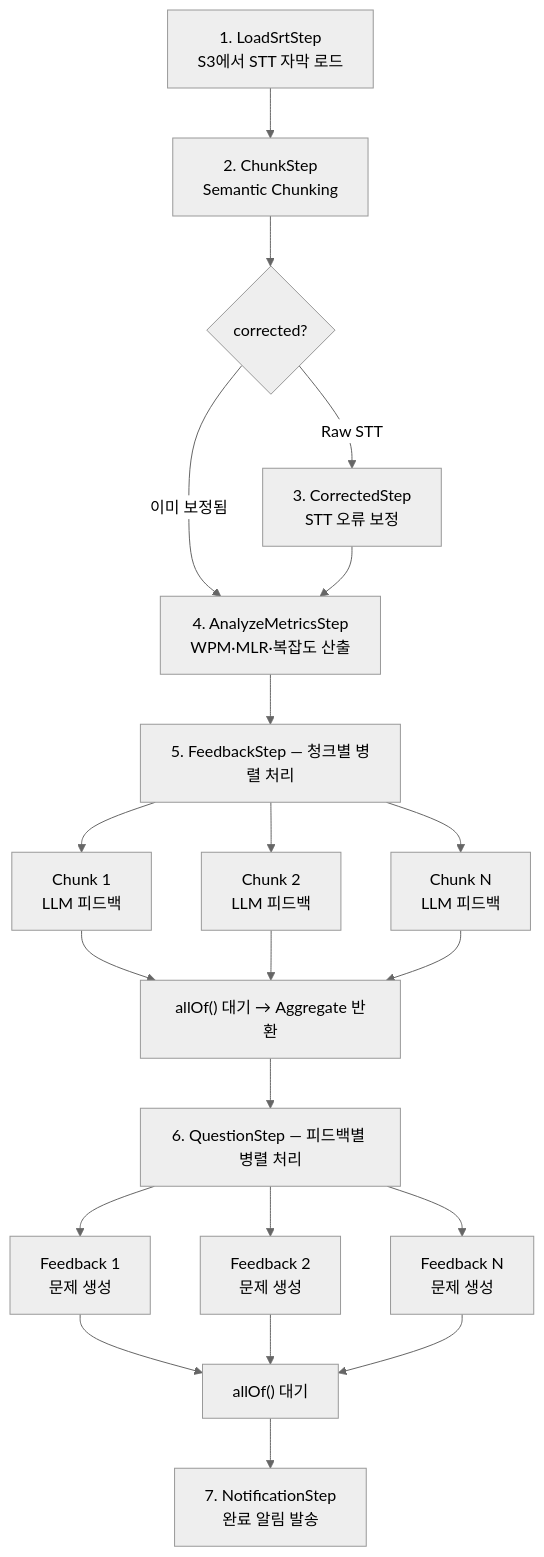
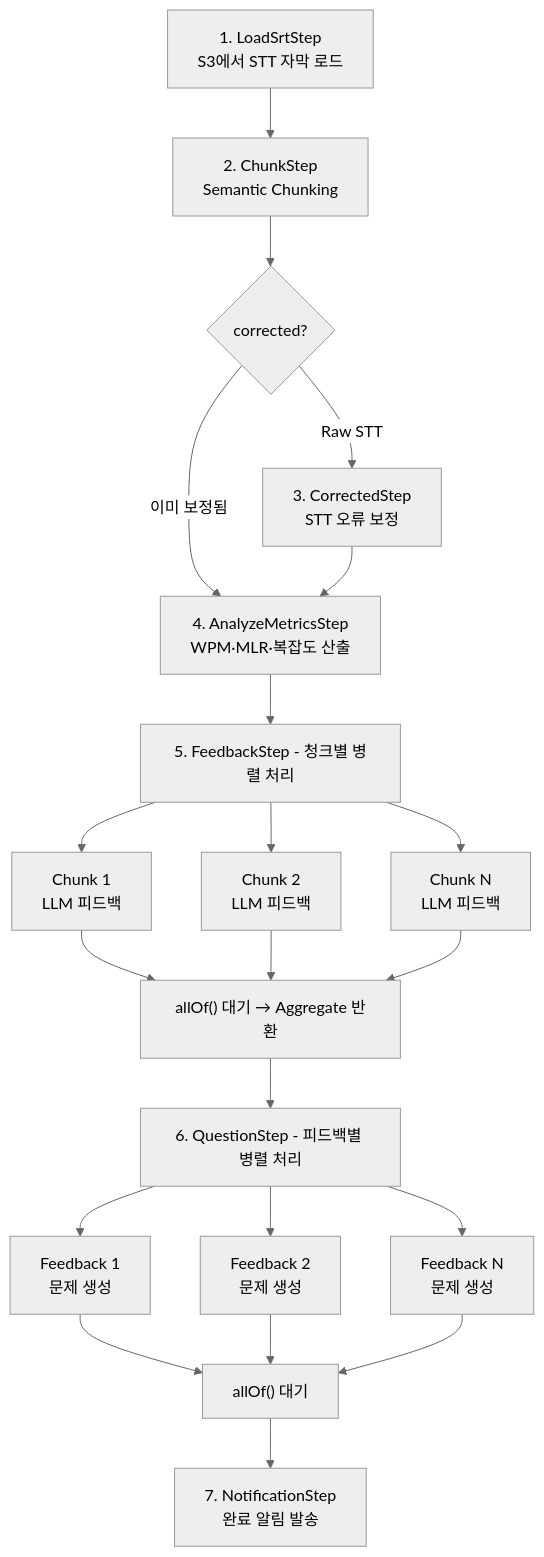
Before and after one commit to devy1540/devy1540.github.io: the diagram in content/posts/spring-ai-pipeline-real-world.md, drawn with Mermaid (neutral theme). The commit also changed other lines of this file and 12 other files, not shown here.

````diff
--- a/content/posts/spring-ai-pipeline-real-world.md
+++ b/content/posts/spring-ai-pipeline-real-world.md
@@ -67,18 +67,18 @@
 ```mermaid
 flowchart TB
     A["1. LoadSrtStep<br/>S3에서 STT 자막 로드"] --> B["2. ChunkStep<br/>Semantic Chunking"]
     B --> C{"corrected?"}
     C -->|Raw STT| D["3. CorrectedStep<br/>STT 오류 보정"]
     C -->|이미 보정됨| E["4. AnalyzeMetricsStep<br/>WPM·MLR·복잡도 산출"]
     D --> E
 
-    E --> FBLabel["5. FeedbackStep — 청크별 병렬 처리"]
+    E --> FBLabel["5. FeedbackStep - 청크별 병렬 처리"]
     FBLabel --> FB1["Chunk 1<br/>LLM 피드백"] & FB2["Chunk 2<br/>LLM 피드백"] & FB3["Chunk N<br/>LLM 피드백"]
     FB1 & FB2 & FB3 --> FBJoin["allOf() 대기 → Aggregate 반환"]
 
-    FBJoin --> QSLabel["6. QuestionStep — 피드백별 병렬 처리"]
+    FBJoin --> QSLabel["6. QuestionStep - 피드백별 병렬 처리"]
     QSLabel --> Q1["Feedback 1<br/>문제 생성"] & Q2["Feedback 2<br/>문제 생성"] & Q3["Feedback N<br/>문제 생성"]
     Q1 & Q2 & Q3 --> QSJoin["allOf() 대기"]
 
     QSJoin --> H["7. NotificationStep<br/>완료 알림 발송"]
 ```
````
